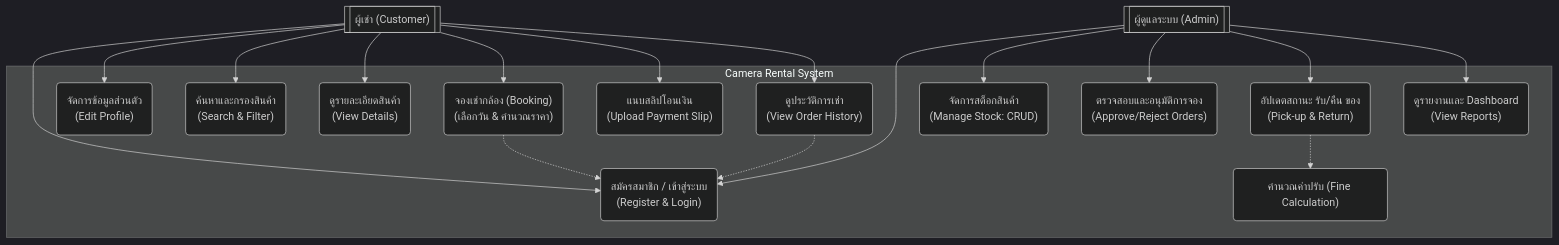
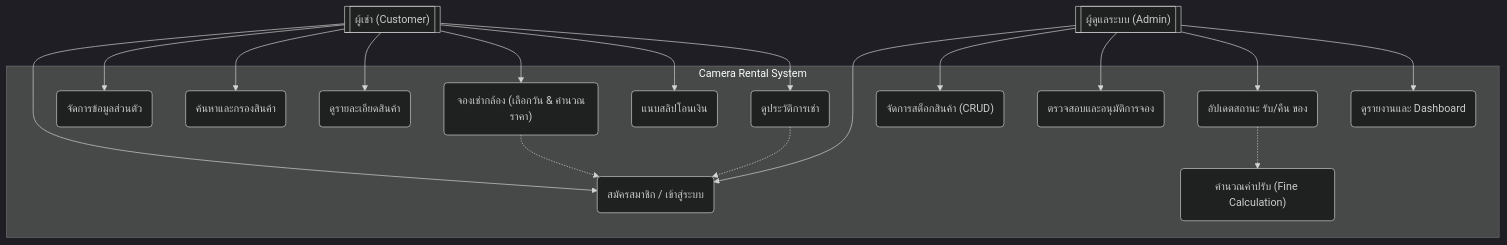
Before and after one commit to naratipswu/cp252project: the second of 2 diagrams in README.md, drawn with Mermaid (dark theme). The commit also changed other lines of this file and 1 other file, not shown here.

````diff
--- a/README.md
+++ b/README.md
@@ -166,43 +327,38 @@
 ```mermaid
 graph TD
-    %% Actors
     User[["ผู้เช่า (Customer)"]]
     Admin[["ผู้ดูแลระบบ (Admin)"]]
 
-    %% Use Cases
     subgraph "Camera Rental System"
-        UC1("สมัครสมาชิก / เข้าสู่ระบบ<br/>(Register & Login)")
-        UC2("จัดการข้อมูลส่วนตัว<br/>(Edit Profile)")
-        UC3("ค้นหาและกรองสินค้า<br/>(Search & Filter)")
-        UC4("ดูรายละเอียดสินค้า<br/>(View Details)")
-        UC5("จองเช่ากล้อง (Booking)<br/>(เลือกวัน & คำนวณราคา)")
-        UC6("แนบสลิปโอนเงิน<br/>(Upload Payment Slip)")
-        UC7("ดูประวัติการเช่า<br/>(View Order History)")
-        UC8("จัดการสต็อกสินค้า<br/>(Manage Stock: CRUD)")
-        UC9("ตรวจสอบและอนุมัติการจอง<br/>(Approve/Reject Orders)")
-        UC10("อัปเดตสถานะ รับ/คืน ของ<br/>(Pick-up & Return)")
-        UC11("ดูรายงานและ Dashboard<br/>(View Reports)")
+        UC1("สมัครสมาชิก / เข้าสู่ระบบ")
+        UC2("จัดการข้อมูลส่วนตัว")
+        UC3("ค้นหาและกรองสินค้า")
+        UC4("ดูรายละเอียดสินค้า")
+        UC5("จองเช่ากล้อง (เลือกวัน & คำนวณราคา)")
+        UC6("แนบสลิปโอนเงิน")
+        UC7("ดูประวัติการเช่า")
+        UC8("จัดการสต็อกสินค้า (CRUD)")
+        UC9("ตรวจสอบและอนุมัติการจอง")
+        UC10("อัปเดตสถานะ รับ/คืน ของ")
+        UC11("ดูรายงานและ Dashboard")
         UC_Fine("คำนวณค่าปรับ (Fine Calculation)")
     end
 
-    %% ความสัมพันธ์ของผู้เช่า
     User --> UC1
     User --> UC2
     User --> UC3
     User --> UC4
     User --> UC5
     User --> UC6
     User --> UC7
 
-    %% ความสัมพันธ์ของ Admin
     Admin --> UC1
     Admin --> UC8
     Admin --> UC9
     Admin --> UC10
     Admin --> UC11
 
-    %% ความสัมพันธ์เพิ่มเติม (Internal Logic)
     UC10 -.-> UC_Fine
     UC5 -.-> UC1
     UC7 -.-> UC1
 ```
````
